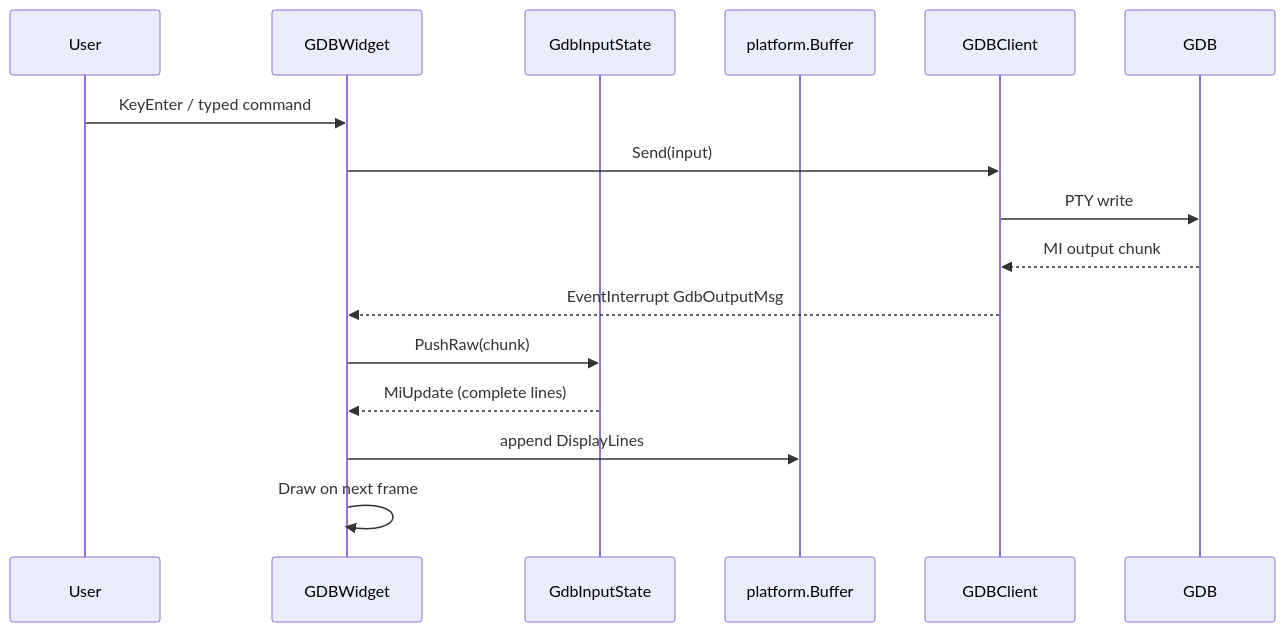
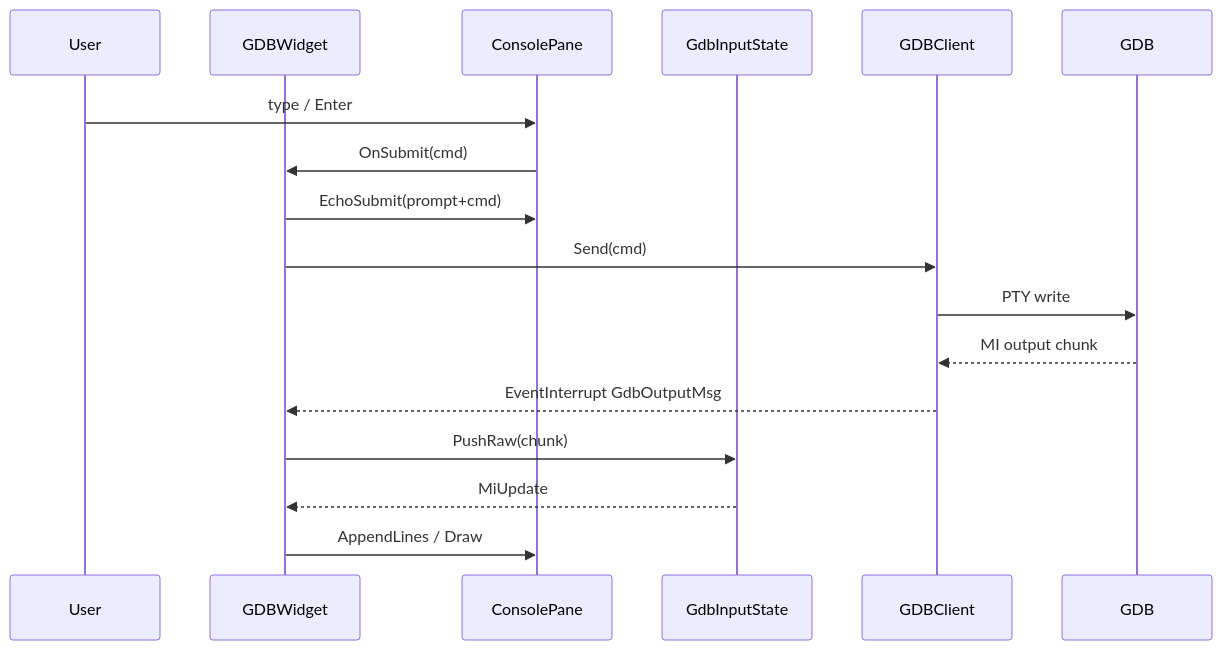
One commit to yairgd/gdbforge changed the second of 3 diagrams in docs/DEBUGGER_INTEGRATION.md. Above: the diagram before and after it, drawn with Mermaid. The commit also changed other lines of this file and 13 other files, not shown here.

First line of the commit message:
Extract InputLine and ConsolePane; make GDBWidget a thin MI adapter.

````diff
--- a/docs/DEBUGGER_INTEGRATION.md
+++ b/docs/DEBUGGER_INTEGRATION.md
@@ -199,19 +207,20 @@
 ```mermaid
 sequenceDiagram
     participant User
-    participant Widget as GDBWidget
+    participant GDBW as GDBWidget
+    participant Cons as ConsolePane
     participant State as GdbInputState
-    participant Buf as platform.Buffer
     participant Client as GDBClient
     participant GDB as GDB
 
-    User->>Widget: KeyEnter / typed command
-    Widget->>Client: Send(input)
+    User->>Cons: type / Enter
+    Cons->>GDBW: OnSubmit(cmd)
+    GDBW->>Cons: EchoSubmit(prompt+cmd)
+    GDBW->>Client: Send(cmd)
     Client->>GDB: PTY write
     GDB-->>Client: MI output chunk
-    Client-->>Widget: EventInterrupt GdbOutputMsg
-    Widget->>State: PushRaw(chunk)
-    State-->>Widget: MiUpdate (complete lines)
-    Widget->>Buf: append DisplayLines
-    Widget->>Widget: Draw on next frame
+    Client-->>GDBW: EventInterrupt GdbOutputMsg
+    GDBW->>State: PushRaw(chunk)
+    State-->>GDBW: MiUpdate
+    GDBW->>Cons: AppendLines / Draw
 ```
````
